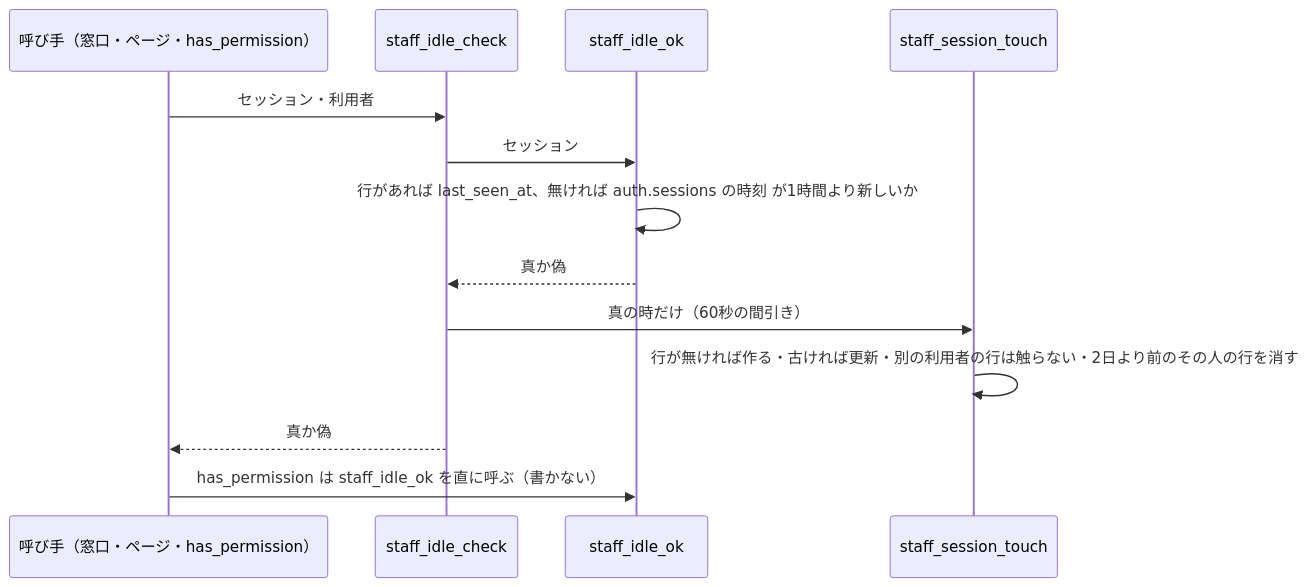
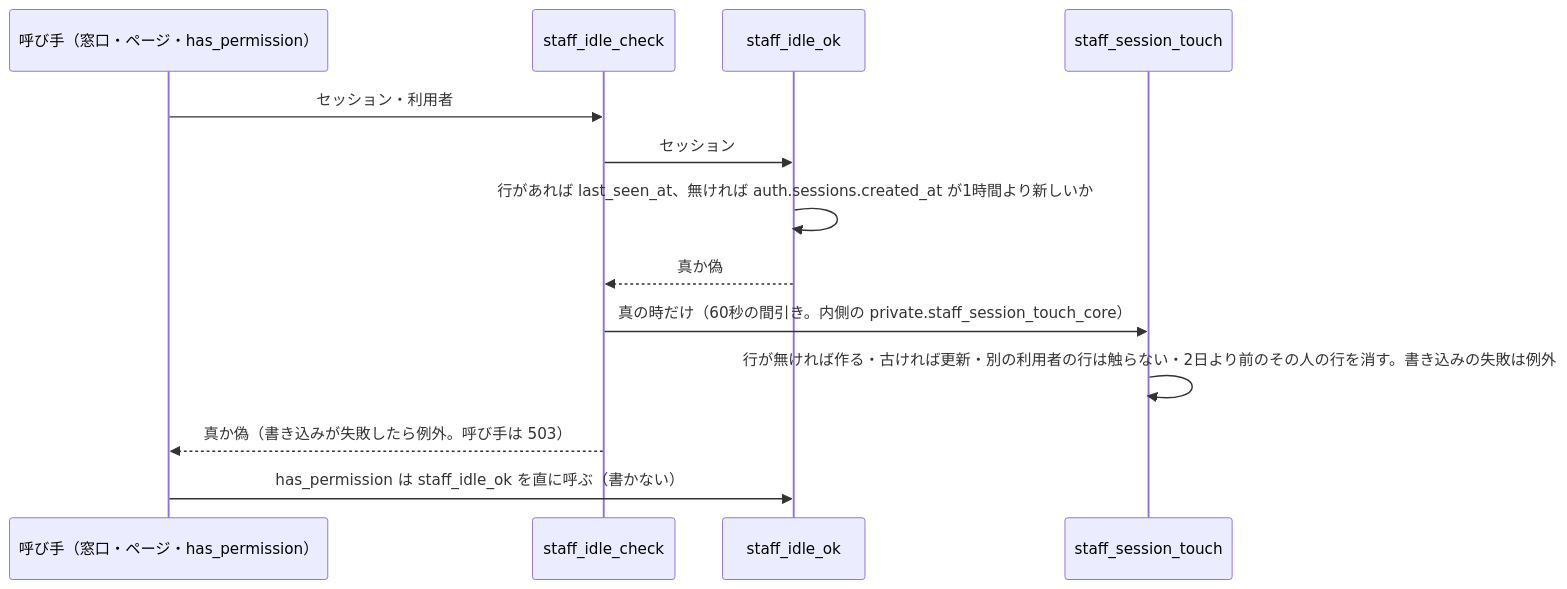
The diagram in docs/04_DetailDesign/sequence/auth-staff-idle.md (ChocoWork/o_official), drawn with Mermaid before and after one commit. The commit also changed other lines of this file and 10 other files, not shown here.

````diff
--- a/docs/04_DetailDesign/sequence/auth-staff-idle.md
+++ b/docs/04_DetailDesign/sequence/auth-staff-idle.md
@@ -30,15 +30,15 @@
 ```mermaid
 sequenceDiagram
     participant C as 呼び手（窓口・ページ・has_permission）
     participant K as staff_idle_check
     participant O as staff_idle_ok
     participant T as staff_session_touch
     C->>K: セッション・利用者
     K->>O: セッション
-    O->>O: 行があれば last_seen_at、無ければ auth.sessions の時刻 が1時間より新しいか
+    O->>O: 行があれば last_seen_at、無ければ auth.sessions.created_at が1時間より新しいか
     O-->>K: 真か偽
-    K->>T: 真の時だけ（60秒の間引き）
-    T->>T: 行が無ければ作る・古ければ更新・別の利用者の行は触らない・2日より前のその人の行を消す
-    K-->>C: 真か偽
+    K->>T: 真の時だけ（60秒の間引き。内側の private.staff_session_touch_core）
+    T->>T: 行が無ければ作る・古ければ更新・別の利用者の行は触らない・2日より前のその人の行を消す。書き込みの失敗は例外
+    K-->>C: 真か偽（書き込みが失敗したら例外。呼び手は 503）
     C->>O: has_permission は staff_idle_ok を直に呼ぶ（書かない）
 ```
````
